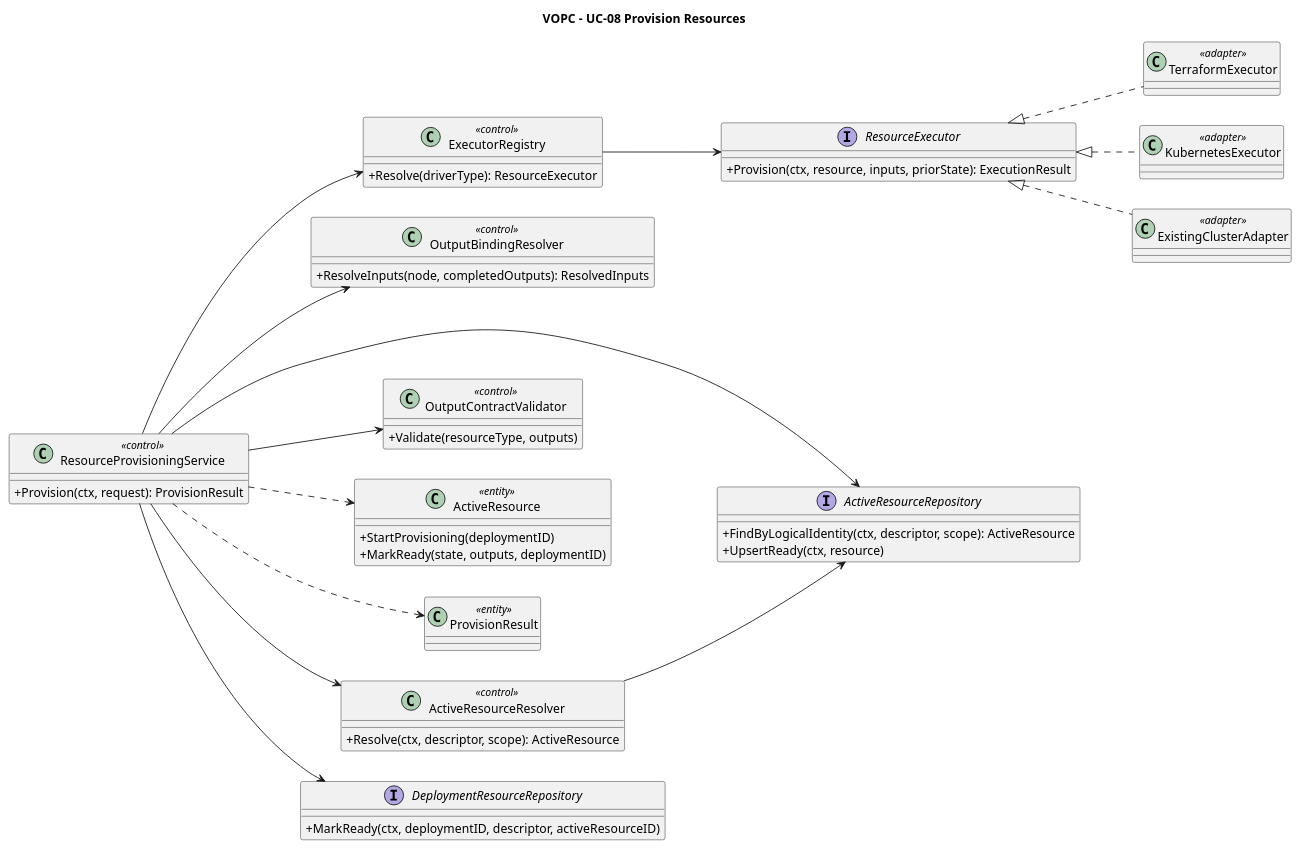
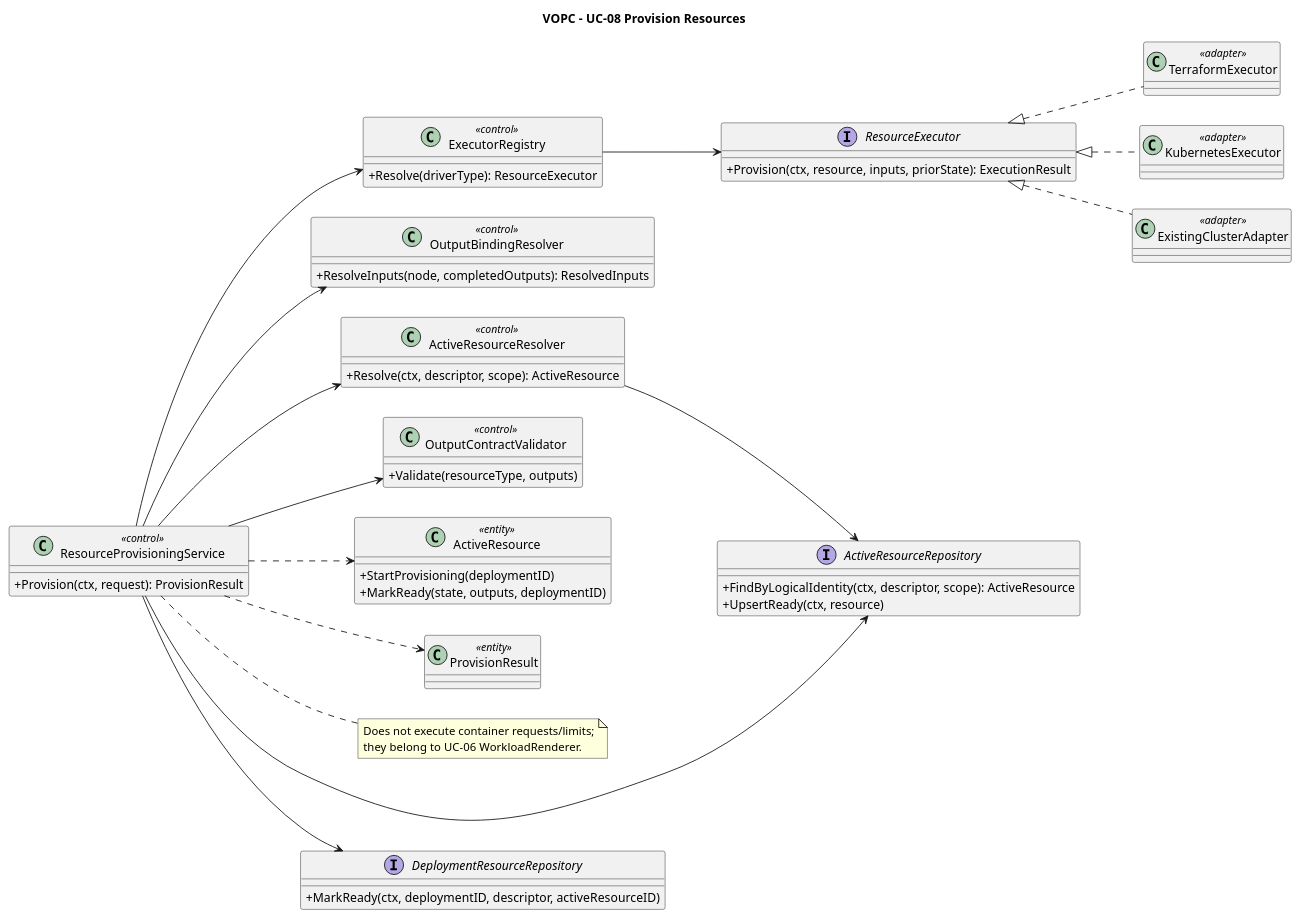
One commit to pr3s3nt/poc changed the diagram in orchestrator_docs/usecase/UC-08/vopc.puml. Above: the diagram before and after it, drawn with PlantUML. The commit also changed 63 other files, not shown here.

```diff
--- a/orchestrator_docs/usecase/UC-08/vopc.puml
+++ b/orchestrator_docs/usecase/UC-08/vopc.puml
@@ -1,51 +1,55 @@
 @startuml
 title VOPC - UC-08 Provision Resources
 left to right direction
 skinparam classAttributeIconSize 0
 class ResourceProvisioningService <<control>> {
   +Provision(ctx, request): ProvisionResult
 }
 class ActiveResourceResolver <<control>> {
   +Resolve(ctx, descriptor, scope): ActiveResource
 }
 class OutputBindingResolver <<control>> {
   +ResolveInputs(node, completedOutputs): ResolvedInputs
 }
 class ExecutorRegistry <<control>> {
   +Resolve(driverType): ResourceExecutor
 }
 interface ResourceExecutor {
   +Provision(ctx, resource, inputs, priorState): ExecutionResult
 }
 class TerraformExecutor <<adapter>>
 class KubernetesExecutor <<adapter>>
 class ExistingClusterAdapter <<adapter>>
 class OutputContractValidator <<control>> {
   +Validate(resourceType, outputs)
 }
 class ActiveResource <<entity>> {
   +StartProvisioning(deploymentID)
   +MarkReady(state, outputs, deploymentID)
 }
 class ProvisionResult <<entity>>
+note right of ResourceProvisioningService
+Does not execute container requests/limits;
+they belong to UC-06 WorkloadRenderer.
+end note
 interface ActiveResourceRepository {
   +FindByLogicalIdentity(ctx, descriptor, scope): ActiveResource
   +UpsertReady(ctx, resource)
 }
 interface DeploymentResourceRepository {
   +MarkReady(ctx, deploymentID, descriptor, activeResourceID)
 }
 ResourceProvisioningService --> ActiveResourceResolver
 ResourceProvisioningService --> OutputBindingResolver
 ResourceProvisioningService --> ExecutorRegistry
 ResourceProvisioningService --> OutputContractValidator
 ResourceProvisioningService --> ActiveResourceRepository
 ResourceProvisioningService --> DeploymentResourceRepository
 ResourceProvisioningService ..> ProvisionResult
 ExecutorRegistry --> ResourceExecutor
 ResourceExecutor <|.. TerraformExecutor
 ResourceExecutor <|.. KubernetesExecutor
 ResourceExecutor <|.. ExistingClusterAdapter
 ActiveResourceResolver --> ActiveResourceRepository
 ResourceProvisioningService ..> ActiveResource
 @enduml
```
